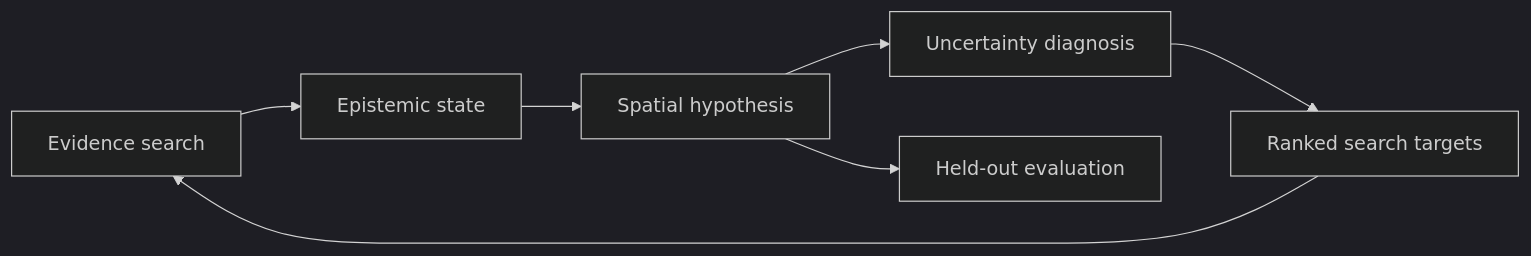
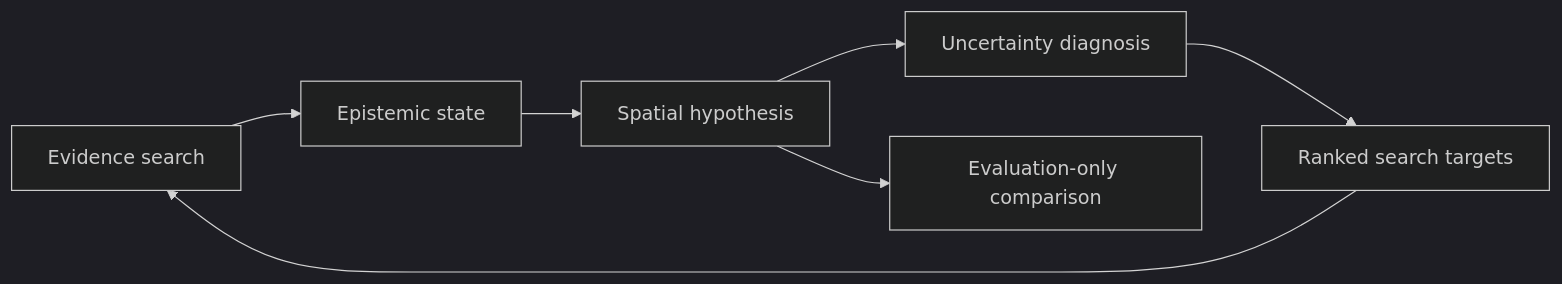
One commit to shio-vinyl/evidence-driven-historical-geo changed the diagram in README.md. Above: the diagram before and after it, drawn with Mermaid (dark theme). The commit also changed other lines of this file and 1 other file, not shown here.

Commit message:
docs: clarify round-specific evaluation

````diff
--- a/README.md
+++ b/README.md
@@ -11,9 +11,9 @@
 ```mermaid
 flowchart LR
     A[Evidence search] --> B[Epistemic state]
     B --> C[Spatial hypothesis]
     C --> D[Uncertainty diagnosis]
     D --> E[Ranked search targets]
     E --> A
-    C --> F[Held-out evaluation]
+    C --> F[Evaluation-only comparison]
 ```
````
